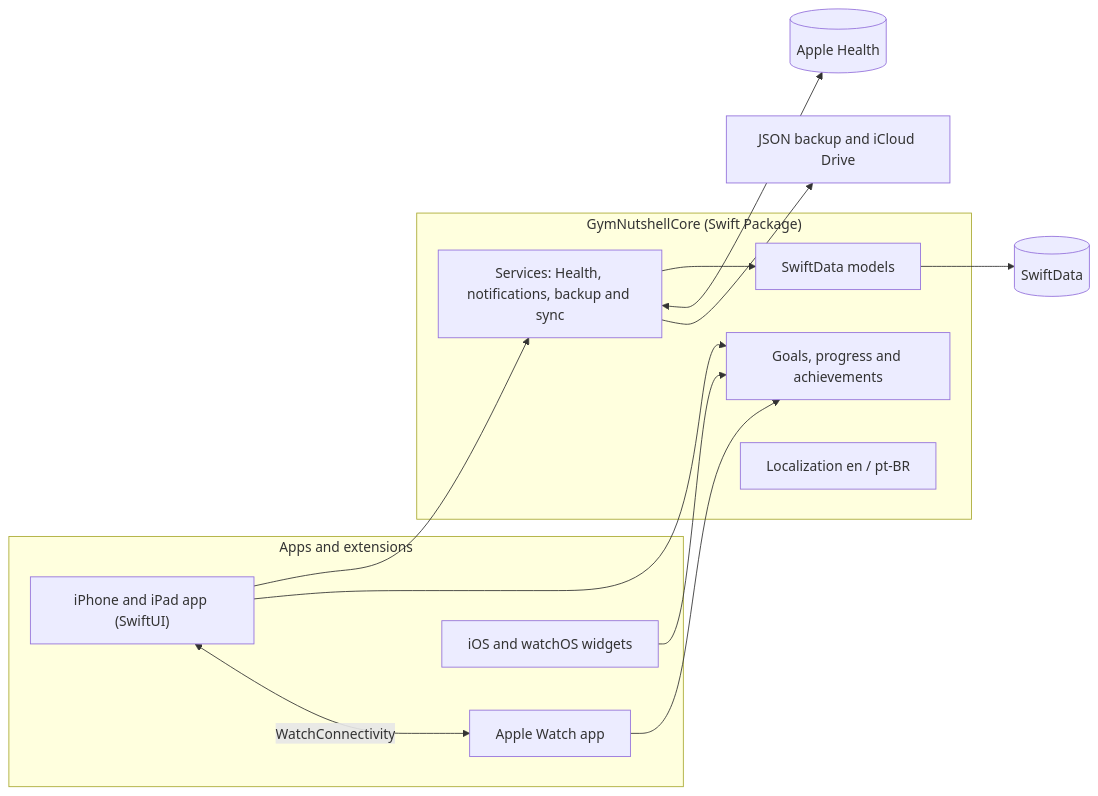
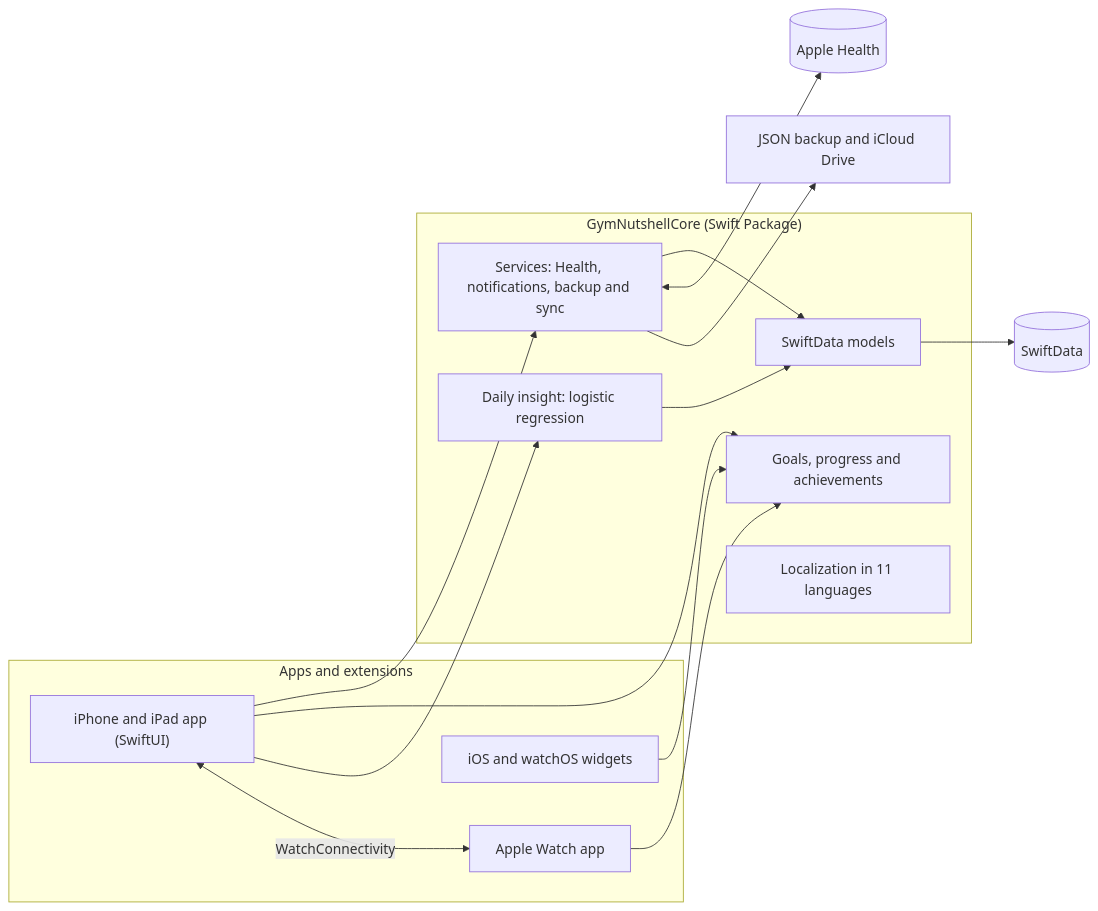
The third of 4 diagrams in .github/README.md (jonathaxs/gymnutshell-ios), drawn with Mermaid before and after one commit. The commit also changed other lines of this file and 13 other files, not shown here.

````diff
--- a/.github/README.md
+++ b/.github/README.md
@@ -228,25 +272,28 @@
 ```mermaid
 flowchart LR
     subgraph Apps["Apps and extensions"]
         Phone["iPhone and iPad app (SwiftUI)"]
         Watch["Apple Watch app"]
         Widgets["iOS and watchOS widgets"]
     end
 
     subgraph Core["GymNutshellCore (Swift Package)"]
         Models["SwiftData models"]
         Goals["Goals, progress and achievements"]
         Services["Services: Health, notifications, backup and sync"]
-        Loc["Localization en / pt-BR"]
+        ML["Daily insight: logistic regression"]
+        Loc["Localization in 11 languages"]
     end
 
     Phone --> Services
     Phone --> Goals
+    Phone --> ML
+    ML --> Models
     Watch --> Goals
     Widgets --> Goals
     Phone <-->|WatchConnectivity| Watch
     Services --> Models
     Models --> Store[("SwiftData")]
     Services <--> Health[("Apple Health")]
     Services --> Backup["JSON backup and iCloud Drive"]
 ```
````
